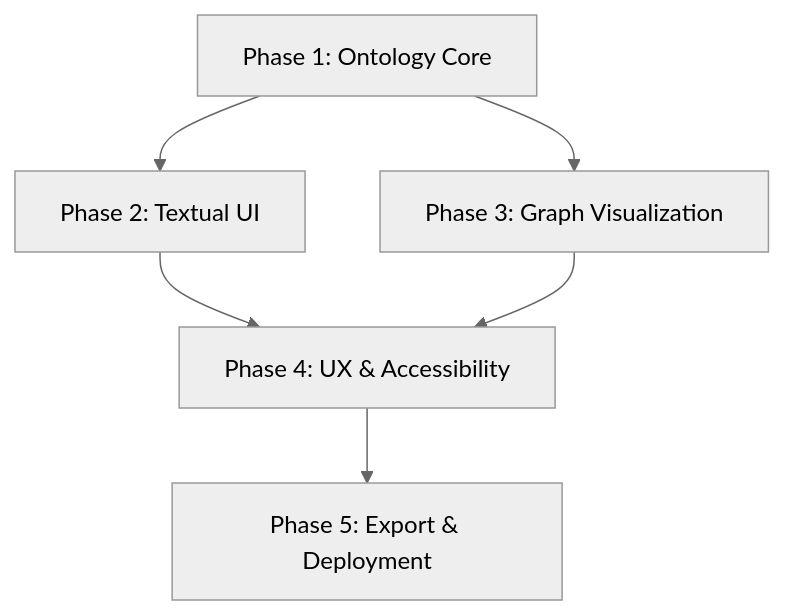
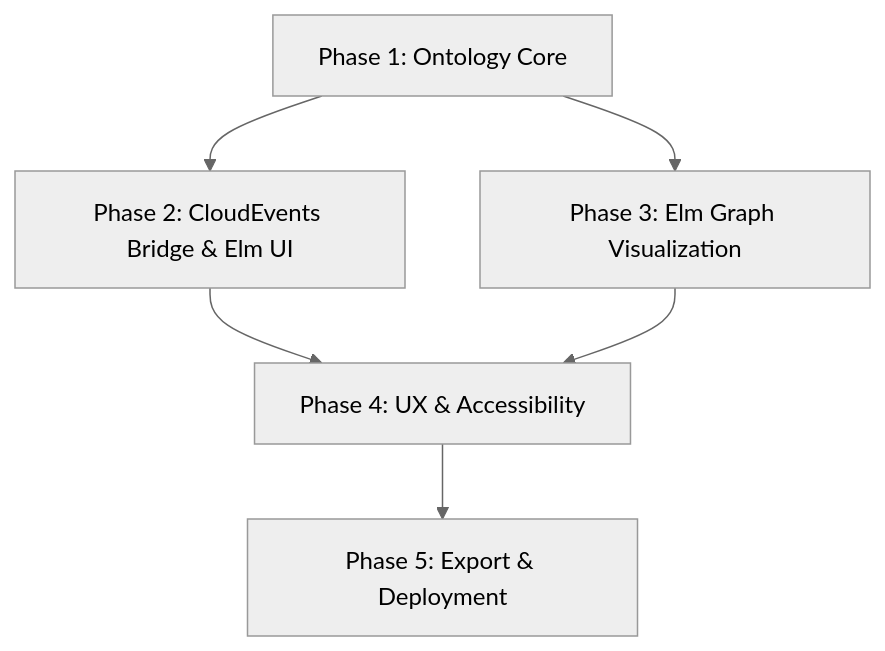
One commit to pcharbon70/onto_view changed the second of 3 diagrams in notes/planning/overview.md. Above: the diagram before and after it, drawn with Mermaid (neutral theme). The commit also changed other lines of this file and 6 other files, not shown here.

First line of the commit message:
Revise planning documents for web_ui + CloudEvents architecture

````diff
--- a/notes/planning/overview.md
+++ b/notes/planning/overview.md
@@ -44,8 +44,8 @@
-``` mermaid
+```mermaid
 graph TD
-    P1[Phase 1: Ontology Core] --> P2[Phase 2: Textual UI]
-    P1 --> P3[Phase 3: Graph Visualization]
+    P1[Phase 1: Ontology Core] --> P2[Phase 2: CloudEvents Bridge & Elm UI]
+    P1 --> P3[Phase 3: Elm Graph Visualization]
     P2 --> P4[Phase 4: UX & Accessibility]
     P3 --> P4
     P4 --> P5[Phase 5: Export & Deployment]
 ```
````
